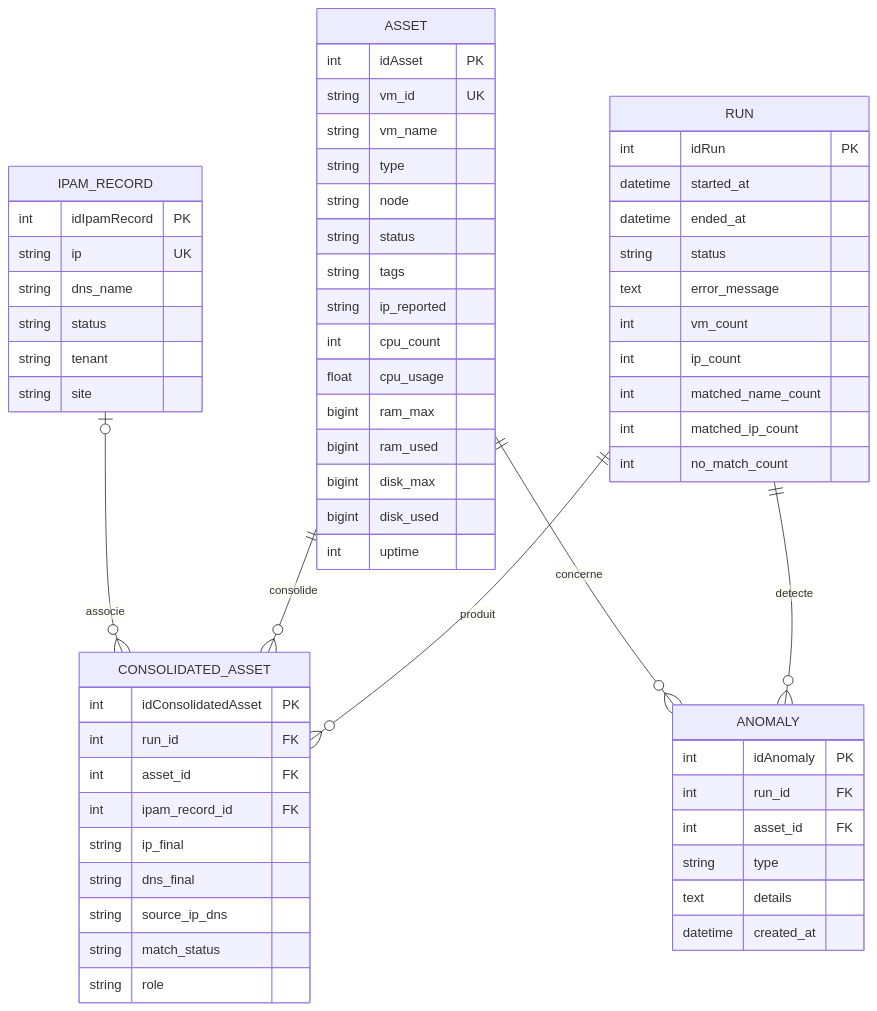
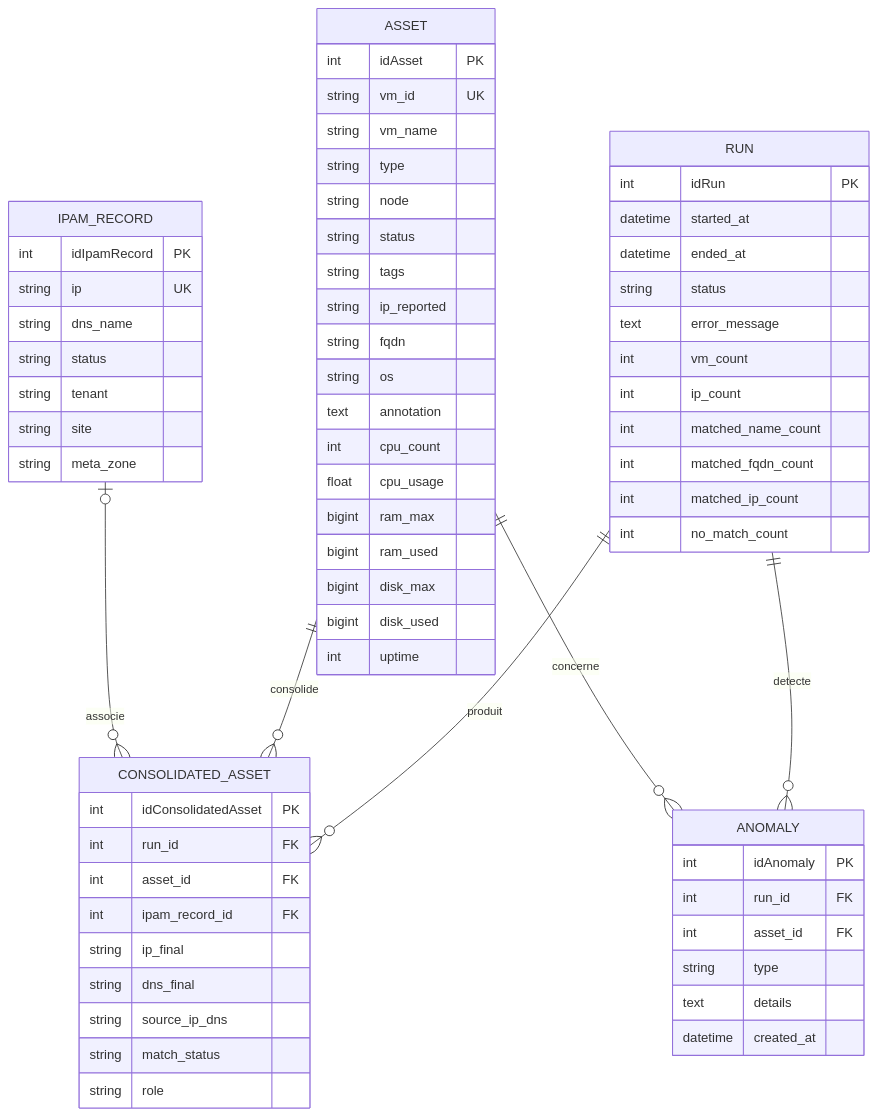
The first of 9 diagrams in Diagrammes_CloudInventory.md (Fr0gzilla/CloudInventory.v2), drawn with Mermaid before and after one commit. The commit also changed other lines of this file and 21 other files, not shown here.

````diff
--- a/Diagrammes_CloudInventory.md
+++ b/Diagrammes_CloudInventory.md
@@ -74,69 +77,74 @@
 ```mermaid
 erDiagram
     RUN ||--o{ CONSOLIDATED_ASSET : "produit"
     RUN ||--o{ ANOMALY : "detecte"
     ASSET ||--o{ CONSOLIDATED_ASSET : "consolide"
     ASSET ||--o{ ANOMALY : "concerne"
     IPAM_RECORD |o--o{ CONSOLIDATED_ASSET : "associe"
 
     RUN {
         int idRun PK
         datetime started_at
         datetime ended_at
         string status
         text error_message
         int vm_count
         int ip_count
         int matched_name_count
+        int matched_fqdn_count
         int matched_ip_count
         int no_match_count
     }
 
     ASSET {
         int idAsset PK
         string vm_id UK
         string vm_name
         string type
         string node
         string status
         string tags
         string ip_reported
+        string fqdn
+        string os
+        text annotation
         int cpu_count
         float cpu_usage
         bigint ram_max
         bigint ram_used
         bigint disk_max
         bigint disk_used
         int uptime
     }
 
     IPAM_RECORD {
         int idIpamRecord PK
         string ip UK
         string dns_name
         string status
         string tenant
         string site
+        string meta_zone
     }
 
     CONSOLIDATED_ASSET {
         int idConsolidatedAsset PK
         int run_id FK
         int asset_id FK
         int ipam_record_id FK
         string ip_final
         string dns_final
         string source_ip_dns
         string match_status
         string role
     }
 
     ANOMALY {
         int idAnomaly PK
         int run_id FK
         int asset_id FK
         string type
         text details
         datetime created_at
     }
 ```
````
